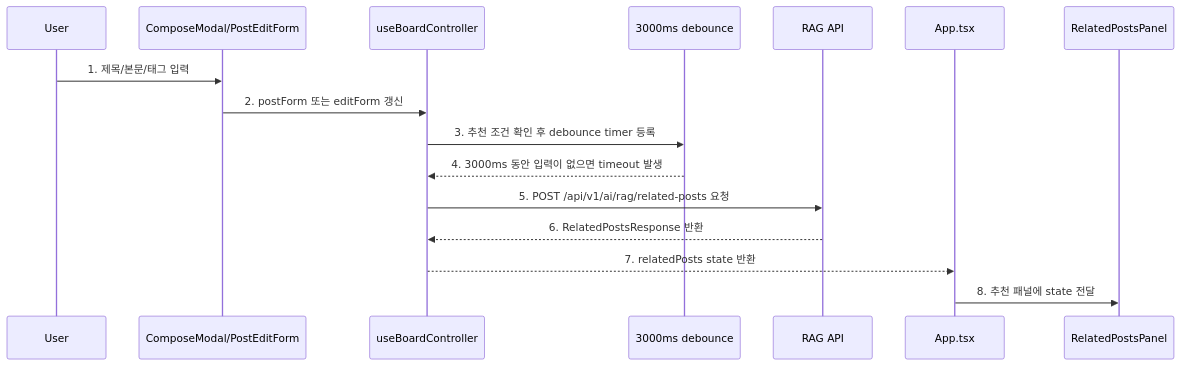
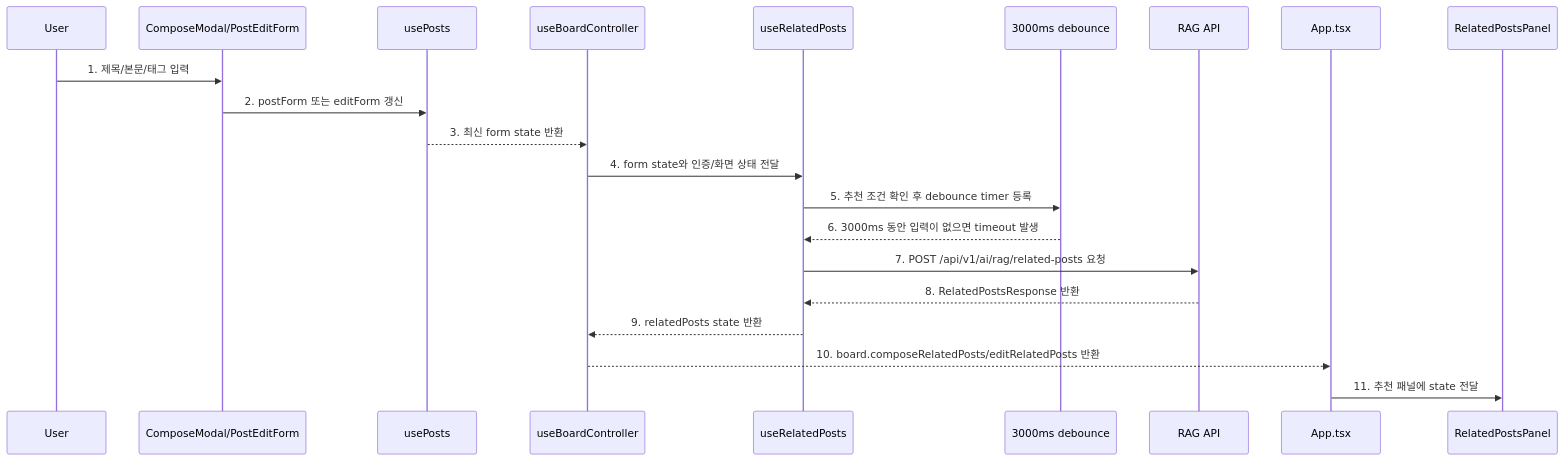
Before and after one commit to JUNGLE-TEAM1/W16_team_sprint: the first of 4 diagrams in docs2/sprint-6/step-4-implementation-record.md, drawn with Mermaid. The commit also changed other lines of this file and 7 other files, not shown here.

````diff
--- a/docs2/sprint-6/step-4-implementation-record.md
+++ b/docs2/sprint-6/step-4-implementation-record.md
@@ -66,19 +72,24 @@
 ```mermaid
 sequenceDiagram
     participant User as User
     participant Form as ComposeModal/PostEditForm
-    participant Controller as useBoardController
+    participant PostsHook as usePosts
+    participant Board as useBoardController
+    participant Hook as useRelatedPosts
     participant Timer as 3000ms debounce
     participant API as RAG API
     participant App as App.tsx
     participant Panel as RelatedPostsPanel
 
     User->>Form: 1. 제목/본문/태그 입력
-    Form->>Controller: 2. postForm 또는 editForm 갱신
-    Controller->>Timer: 3. 추천 조건 확인 후 debounce timer 등록
-    Timer-->>Controller: 4. 3000ms 동안 입력이 없으면 timeout 발생
-    Controller->>API: 5. POST /api/v1/ai/rag/related-posts 요청
-    API-->>Controller: 6. RelatedPostsResponse 반환
-    Controller-->>App: 7. relatedPosts state 반환
-    App->>Panel: 8. 추천 패널에 state 전달
+    Form->>PostsHook: 2. postForm 또는 editForm 갱신
+    PostsHook-->>Board: 3. 최신 form state 반환
+    Board->>Hook: 4. form state와 인증/화면 상태 전달
+    Hook->>Timer: 5. 추천 조건 확인 후 debounce timer 등록
+    Timer-->>Hook: 6. 3000ms 동안 입력이 없으면 timeout 발생
+    Hook->>API: 7. POST /api/v1/ai/rag/related-posts 요청
+    API-->>Hook: 8. RelatedPostsResponse 반환
+    Hook-->>Board: 9. relatedPosts state 반환
+    Board-->>App: 10. board.composeRelatedPosts/editRelatedPosts 반환
+    App->>Panel: 11. 추천 패널에 state 전달
 ```
````
